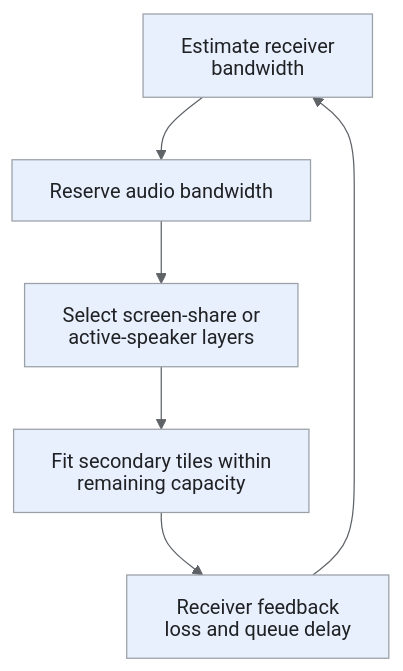
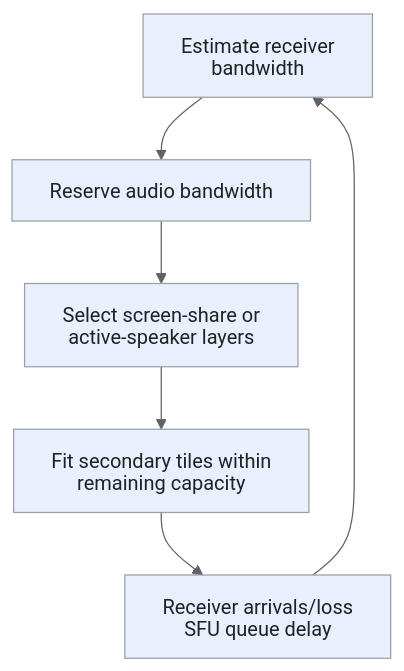
The fifth of 7 diagrams in _designs/system-design-video-conferencing-zoom.md (iliazlobin/iliazlobin.github.io), drawn with Mermaid before and after one commit. The commit also changed other lines of this file and 4 other files, not shown here.

Commit message:
docs: verify Zoom concept introductions and readable flows

````diff
--- a/_designs/system-design-video-conferencing-zoom.md
+++ b/_designs/system-design-video-conferencing-zoom.md
@@ -354,14 +354,14 @@
 ```mermaid
 %%{init: {'theme':'base','htmlLabels':false,'flowchart':{'htmlLabels':false},'themeVariables':{'fontFamily':'Arial, sans-serif','primaryColor':'#e8f0fe','primaryTextColor':'#202124','primaryBorderColor':'#9aa0a6','lineColor':'#5f6368','secondaryColor':'#e6f4ea','tertiaryColor':'#fef7e0','actorBkg':'#e8f0fe','actorBorder':'#9aa0a6','actorTextColor':'#202124','noteBkgColor':'#fef7e0','noteTextColor':'#202124','noteBorderColor':'#9aa0a6','signalColor':'#5f6368','signalTextColor':'#202124','labelBoxBkgColor':'#fef7e0','labelBoxBorderColor':'#9aa0a6'}}}%%
 flowchart TB
   B["Estimate receiver bandwidth"] --> A["Reserve audio bandwidth"]
   A --> P["Select screen-share or active-speaker layers"]
   P --> T["Fit secondary tiles within remaining capacity"]
-  T --> F["Receiver feedback<br>loss and queue delay"]
+  T --> F["Receiver arrivals/loss<br>SFU queue delay"]
   F --> B
 classDef request fill:#e8f0fe,stroke:#9aa0a6,color:#202124;
 classDef data fill:#e6f4ea,stroke:#9aa0a6,color:#202124;
 classDef control fill:#fef7e0,stroke:#9aa0a6,color:#202124;
 classDef danger fill:#fce8e6,stroke:#9aa0a6,color:#202124;
 class B,A,P,T,F request;
 ```
````
